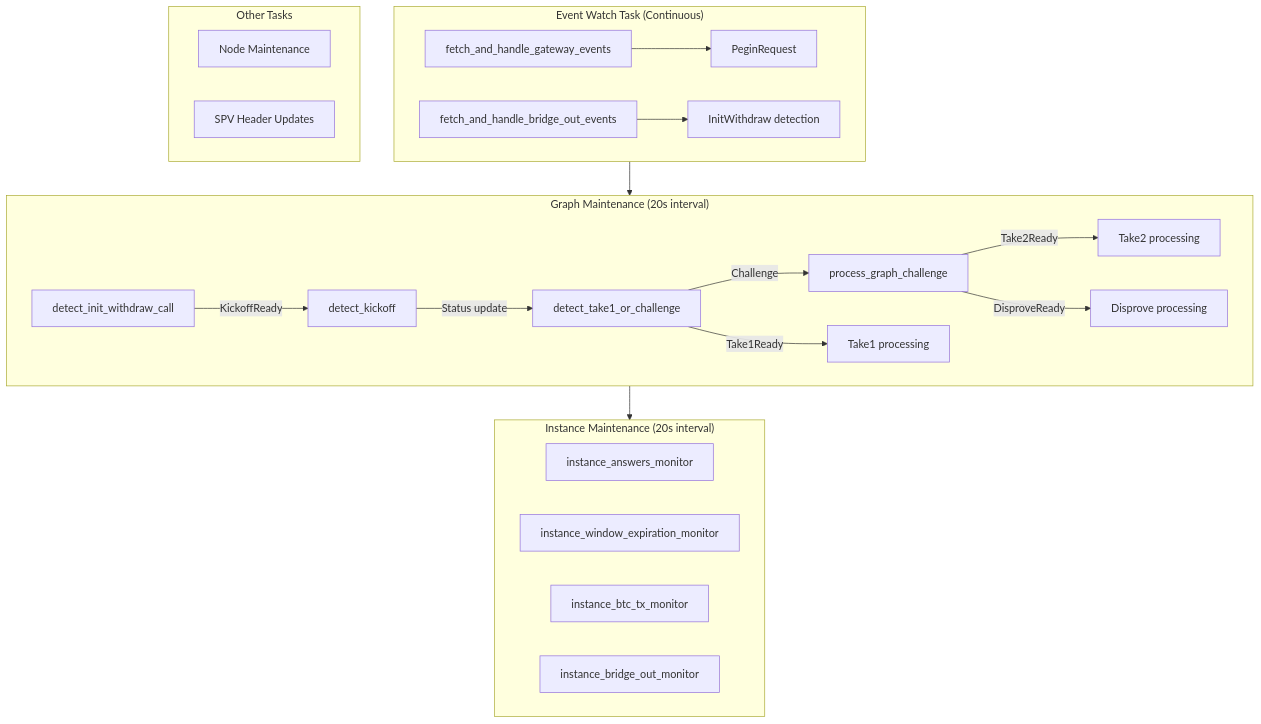
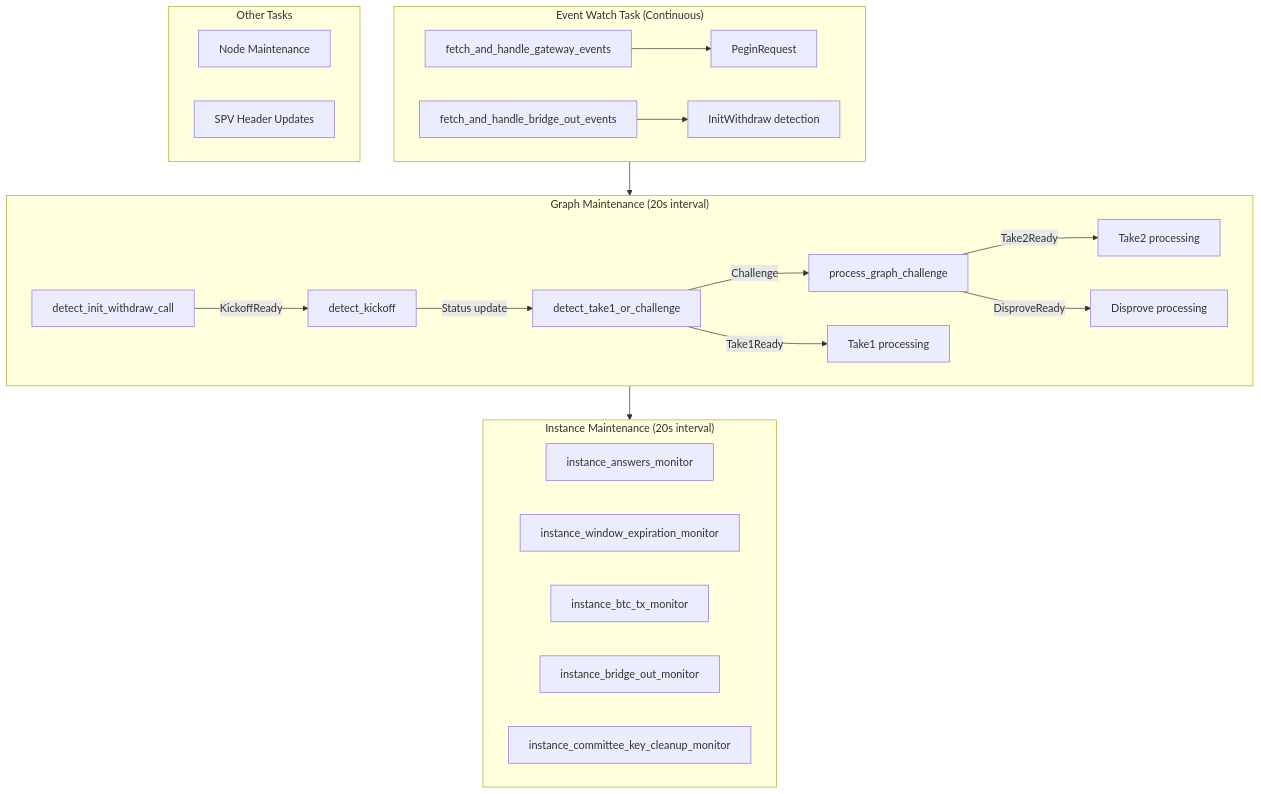
Before and after one commit to GOATNetwork/bitvm2-node: diagram 14 of 14 in node/README.md, drawn with Mermaid. The commit also changed other lines of this file and 3 other files, not shown here.

Commit message:
add instance_committee_key_cleanup_monitor

````diff
--- a/node/README.md
+++ b/node/README.md
@@ -685,38 +685,39 @@
 ```mermaid
 flowchart TB
     subgraph EventWatch["Event Watch Task (Continuous)"]
         EW1["fetch_and_handle_gateway_events"]
         EW2["fetch_and_handle_bridge_out_events"]
         EW1 --> MSG1["PeginRequest"]
         EW2 --> MSG2["InitWithdraw detection"]
     end
 
     subgraph GraphMaint["Graph Maintenance (20s interval)"]
         GM1["detect_init_withdraw_call"]
         GM2["detect_kickoff"]
         GM3["detect_take1_or_challenge"]
         GM4["process_graph_challenge"]
 
         GM1 -->|"KickoffReady"| GM2
         GM2 -->|"Status update"| GM3
         GM3 -->|"Challenge"| GM4
         GM3 -->|"Take1Ready"| T1["Take1 processing"]
         GM4 -->|"Take2Ready"| T2["Take2 processing"]
         GM4 -->|"DisproveReady"| DP["Disprove processing"]
     end
 
     subgraph InstMaint["Instance Maintenance (20s interval)"]
         IM1["instance_answers_monitor"]
         IM2["instance_window_expiration_monitor"]
         IM3["instance_btc_tx_monitor"]
         IM4["instance_bridge_out_monitor"]
+        IM5["instance_committee_key_cleanup_monitor"]
     end
 
     subgraph Other["Other Tasks"]
         NM["Node Maintenance"]
         SPV["SPV Header Updates"]
     end
 
     EventWatch --> GraphMaint
     GraphMaint --> InstMaint
 ```
````
